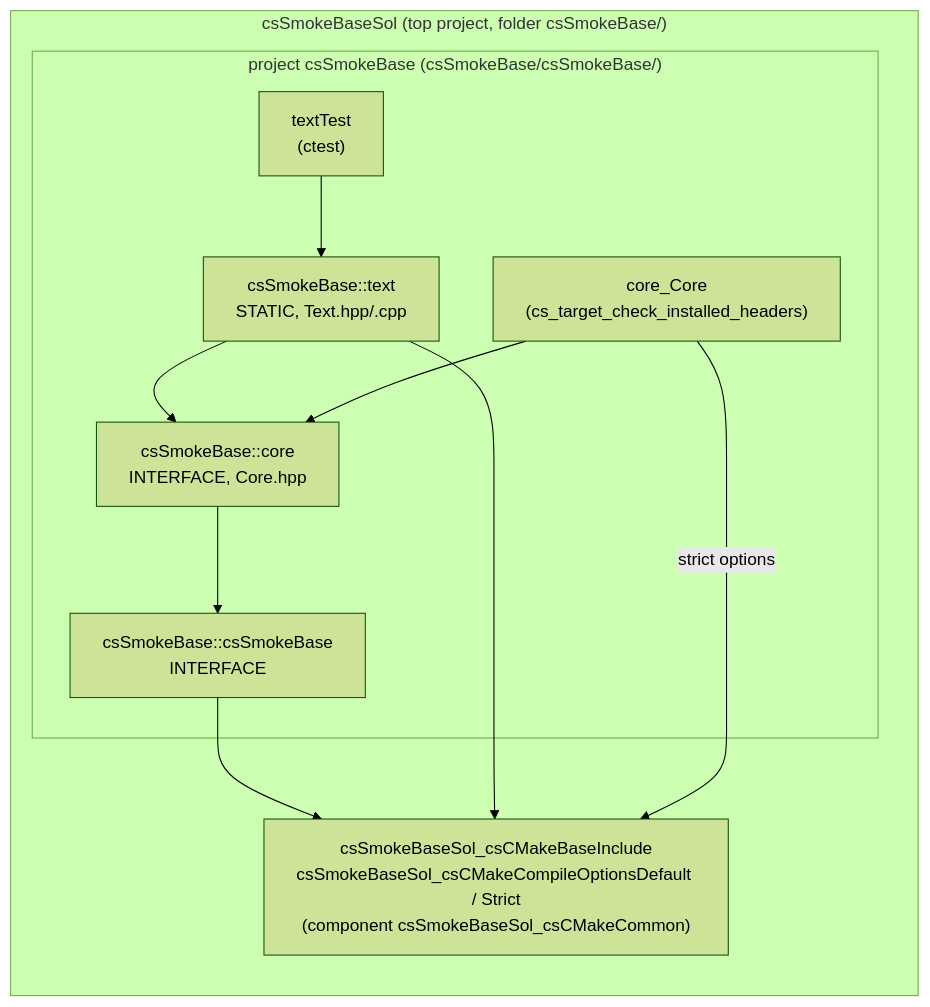
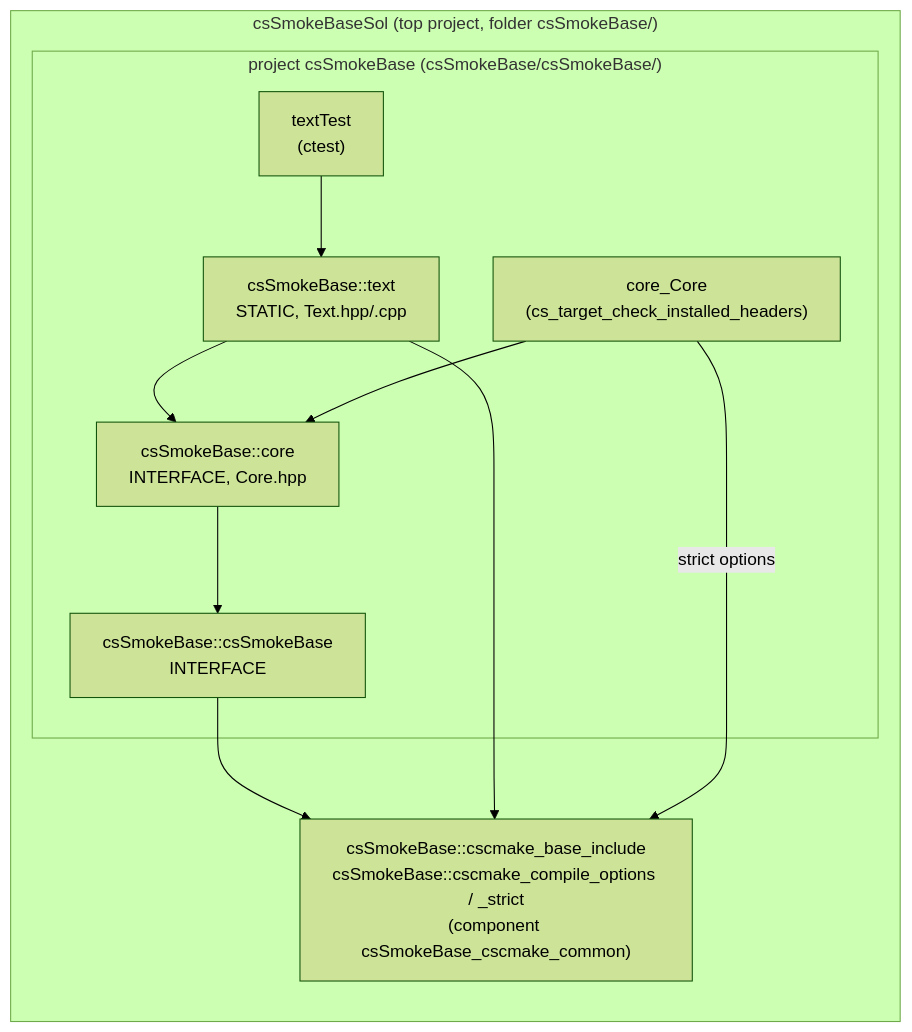
One commit to cscosine/csCMake changed the second of 3 diagrams in tests/smoke/README.md. Above: the diagram before and after it, drawn with Mermaid (forest theme). The commit also changed other lines of this file and 17 other files, not shown here.

````diff
--- a/tests/smoke/README.md
+++ b/tests/smoke/README.md
@@ -39,20 +39,20 @@
 ```mermaid
 flowchart BT
     subgraph sol["csSmokeBaseSol (top project, folder csSmokeBase/)"]
-        common["csSmokeBaseSol_csCMakeBaseInclude<br/>csSmokeBaseSol_csCMakeCompileOptionsDefault / Strict<br/>(component csSmokeBaseSol_csCMakeCommon)"]
+        common["csSmokeBase::cscmake_base_include<br/>csSmokeBase::cscmake_compile_options / _strict<br/>(component csSmokeBase_cscmake_common)"]
         subgraph pkg["project csSmokeBase (csSmokeBase/csSmokeBase/)"]
             root["csSmokeBase::csSmokeBase<br/>INTERFACE"]
             core["csSmokeBase::core<br/>INTERFACE, Core.hpp"]
             text["csSmokeBase::text<br/>STATIC, Text.hpp/.cpp"]
             textTest["textTest<br/>(ctest)"]
             shc["core_Core<br/>(cs_target_check_installed_headers)"]
         end
     end
     root --> common
     core --> root
     text --> core
     text --> common
     textTest --> text
     shc --> core
     shc -->|strict options| common
 ```
````
